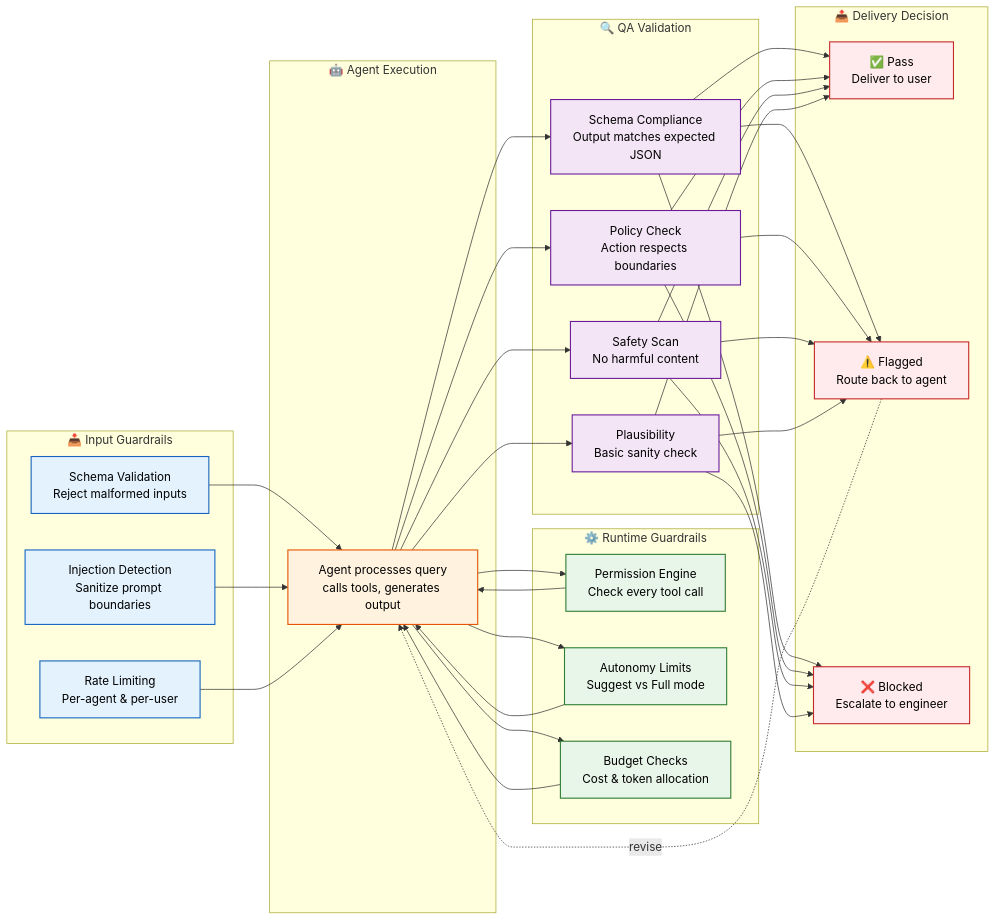
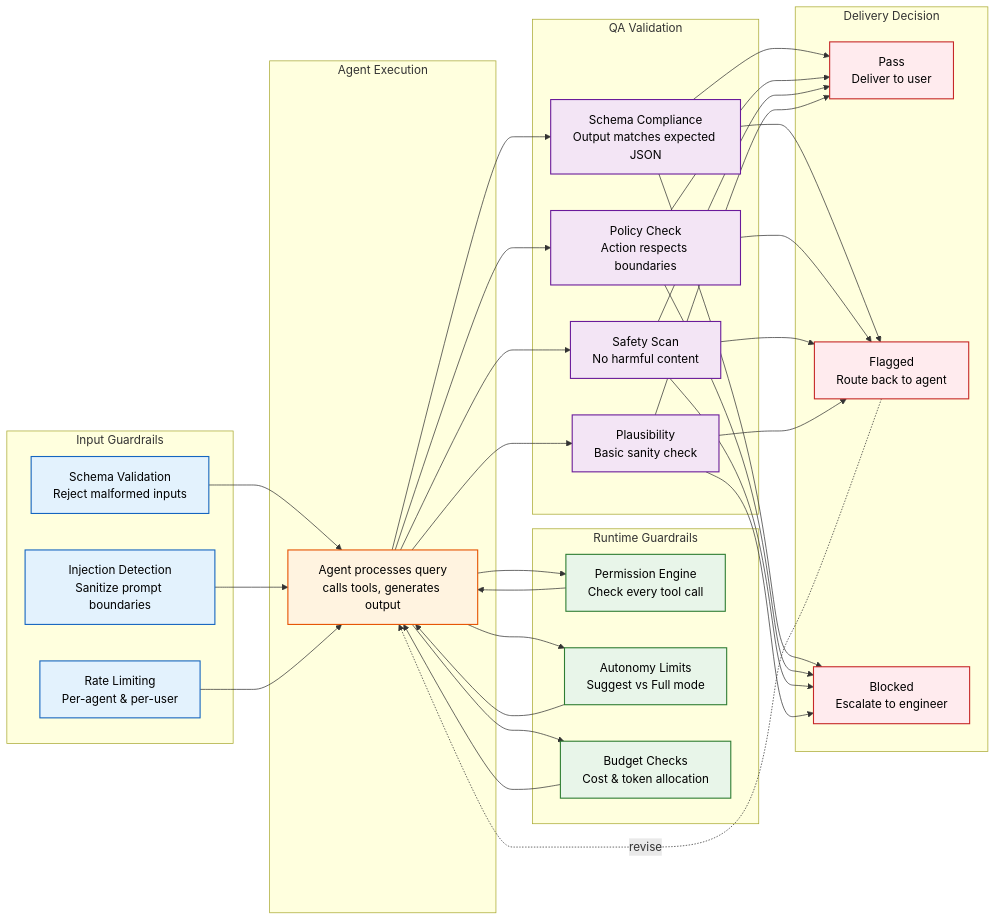
The first of 2 diagrams in docs/ai/Guardrails.md (Driftloom/Vaeloom), drawn with Mermaid before and after one commit. The commit also changed other lines of this file and 694 other files, not shown here.

First line of the commit message:
docs: mermaid standardization — encoding/mermaid/duplicate cleanup

````diff
--- a/docs/ai/Guardrails.md
+++ b/docs/ai/Guardrails.md
@@ -42,50 +42,50 @@
 ```mermaid
 graph LR
-    classDef input fill:#e3f2fd,stroke:#1565c0,color:#000,stroke-width:1.5px
-    classDef check fill:#e8f5e9,stroke:#2e7d32,color:#000,stroke-width:1.5px
-    classDef agent fill:#fff3e0,stroke:#e65100,color:#000,stroke-width:1.5px
-    classDef qa fill:#f3e5f5,stroke:#6a1b9a,color:#000,stroke-width:1.5px
-    classDef output fill:#ffebee,stroke:#c62828,color:#000,stroke-width:1.5px
+ classDef input fill:#e3f2fd,stroke:#1565c0,color:#000,stroke-width:1.5px
+ classDef check fill:#e8f5e9,stroke:#2e7d32,color:#000,stroke-width:1.5px
+ classDef agent fill:#fff3e0,stroke:#e65100,color:#000,stroke-width:1.5px
+ classDef qa fill:#f3e5f5,stroke:#6a1b9a,color:#000,stroke-width:1.5px
+ classDef output fill:#ffebee,stroke:#c62828,color:#000,stroke-width:1.5px
 
-    subgraph Input["📥 Input Guardrails"]
-        I1["Schema Validation<br/>Reject malformed inputs"]
-        I2["Injection Detection<br/>Sanitize prompt boundaries"]
-        I3["Rate Limiting<br/>Per-agent & per-user"]
-    end
+ subgraph Input["Input Guardrails"]
+ I1["Schema Validation<br/>Reject malformed inputs"]
+ I2["Injection Detection<br/>Sanitize prompt boundaries"]
+ I3["Rate Limiting<br/>Per-agent & per-user"]
+ end
 
-    subgraph Runtime["⚙️ Runtime Guardrails"]
-        R1["Permission Engine<br/>Check every tool call"]
-        R2["Autonomy Limits<br/>Suggest vs Full mode"]
-        R3["Budget Checks<br/>Cost & token allocation"]
-    end
+ subgraph Runtime["Runtime Guardrails"]
+ R1["Permission Engine<br/>Check every tool call"]
+ R2["Autonomy Limits<br/>Suggest vs Full mode"]
+ R3["Budget Checks<br/>Cost & token allocation"]
+ end
 
-    subgraph Agent["🤖 Agent Execution"]
-        AG["Agent processes query<br/>calls tools, generates output"]
-    end
+ subgraph Agent["Agent Execution"]
+ AG["Agent processes query<br/>calls tools, generates output"]
+ end
 
-    subgraph QA["🔍 QA Validation"]
-        Q1["Schema Compliance<br/>Output matches expected JSON"]
-        Q2["Policy Check<br/>Action respects boundaries"]
-        Q3["Safety Scan<br/>No harmful content"]
-        Q4["Plausibility<br/>Basic sanity check"]
-    end
+ subgraph QA["QA Validation"]
+ Q1["Schema Compliance<br/>Output matches expected JSON"]
+ Q2["Policy Check<br/>Action respects boundaries"]
+ Q3["Safety Scan<br/>No harmful content"]
+ Q4["Plausibility<br/>Basic sanity check"]
+ end
 
-    subgraph Output["📤 Delivery Decision"]
-        PASS["✅ Pass<br/>Deliver to user"]
-        FLAG["⚠️ Flagged<br/>Route back to agent"]
-        BLOCK["❌ Blocked<br/>Escalate to engineer"]
-    end
+ subgraph Output["Delivery Decision"]
+ PASS["Pass<br/>Deliver to user"]
+ FLAG["Flagged<br/>Route back to agent"]
+ BLOCK["Blocked<br/>Escalate to engineer"]
+ end
 
-    I1 & I2 & I3 --> AG
-    AG --> R1 & R2 & R3
-    R1 & R2 & R3 --> AG
-    AG --> Q1 & Q2 & Q3 & Q4
-    Q1 & Q2 & Q3 & Q4 --> PASS & FLAG & BLOCK
-    FLAG -.->|revise| AG
+ I1 & I2 & I3--> AG
+ AG--> R1 & R2 & R3
+ R1 & R2 & R3--> AG
+ AG--> Q1 & Q2 & Q3 & Q4
+ Q1 & Q2 & Q3 & Q4--> PASS & FLAG & BLOCK
+ FLAG -.->|revise| AG
 
-    class I1,I2,I3 input
-    class R1,R2,R3 check
-    class AG agent
-    class Q1,Q2,Q3,Q4 qa
-    class PASS,FLAG,BLOCK output
+ class I1,I2,I3 input
+ class R1,R2,R3 check
+ class AG agent
+ class Q1,Q2,Q3,Q4 qa
+ class PASS,FLAG,BLOCK output
 ```
````
